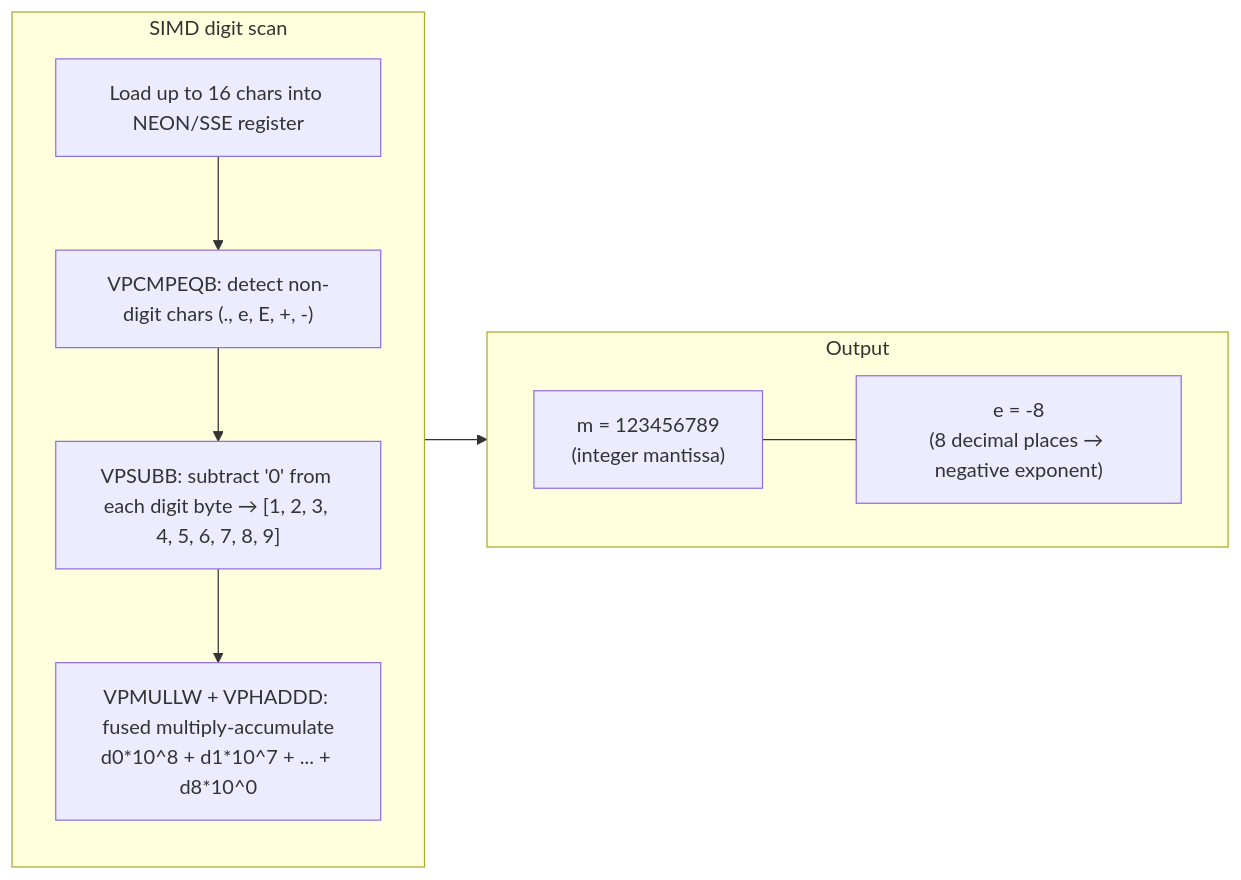
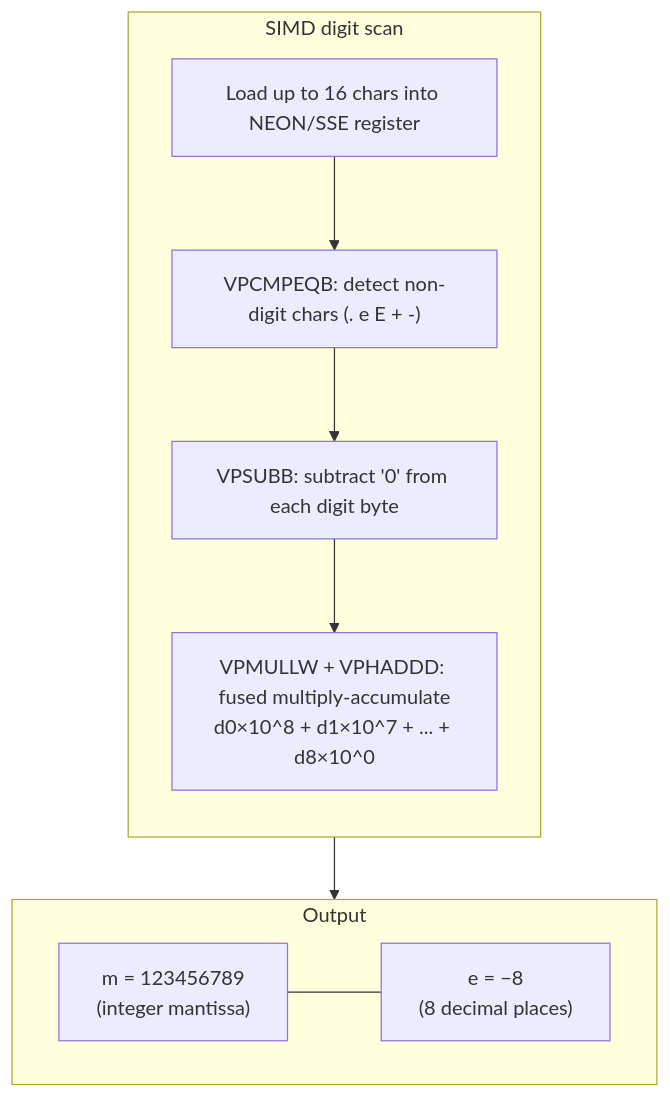
One commit to the-lkb/beast-json changed the fourth of 8 diagrams in docs/theory/russ-cox.md. Above: the diagram before and after it, drawn with Mermaid. The commit also changed other lines of this file and 4 other files, not shown here.

````diff
--- a/docs/theory/russ-cox.md
+++ b/docs/theory/russ-cox.md
@@ -105,20 +99,20 @@
 ```mermaid
-flowchart LR
+flowchart TB
     subgraph SCAN["SIMD digit scan"]
         direction TB
         S1["Load up to 16 chars into NEON/SSE register"]
-        S2["VPCMPEQB: detect non-digit chars (., e, E, +, -)"]
-        S3["VPSUBB: subtract '0' from each digit byte → [1, 2, 3, 4, 5, 6, 7, 8, 9]"]
-        S4["VPMULLW + VPHADDD: fused multiply-accumulate\nd0*10^8 + d1*10^7 + ... + d8*10^0"]
+        S2["VPCMPEQB: detect non-digit chars (. e E + -)"]
+        S3["VPSUBB: subtract '0' from each digit byte"]
+        S4["VPMULLW + VPHADDD: fused multiply-accumulate<br/>d0×10^8 + d1×10^7 + ... + d8×10^0"]
         S1 --> S2 --> S3 --> S4
     end
 
     subgraph OUT["Output"]
         direction LR
-        M["m = 123456789\n(integer mantissa)"]
-        EX["e = -8\n(8 decimal places → negative exponent)"]
+        M["m = 123456789<br/>(integer mantissa)"]
+        EX["e = −8<br/>(8 decimal places)"]
         M --- EX
     end
 
     SCAN --> OUT
 ```
````
